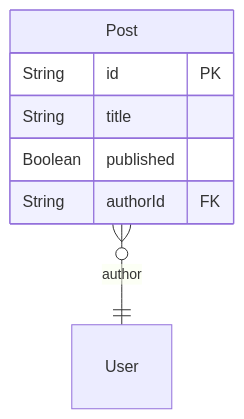
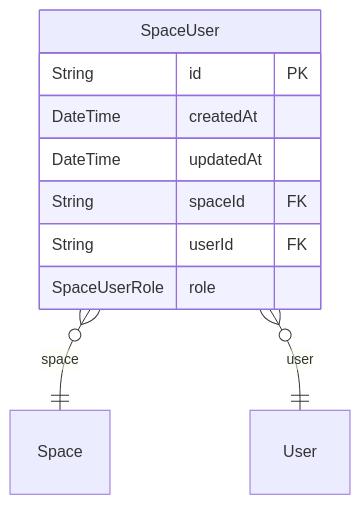
Before and after one commit to jiashengguo/jiashengguo.github.io: the second of 6 diagrams in test.md, drawn with Mermaid. The commit also changed other lines of this file, not shown here.

````diff
--- a/test.md
+++ b/test.md
@@ -19,10 +57,15 @@
 ```mermaid
 erDiagram
-"Post" {
+"SpaceUser" {
   String id PK 
-  String title  
-  Boolean published  
-  String authorId FK 
+  DateTime createdAt  
+  DateTime updatedAt  
+  String spaceId FK 
+  String userId FK 
+  SpaceUserRole role  
 }
-"Post" }o--|| "User": author
+
+"SpaceUser" }o--|| "Space": space
+"SpaceUser" }o--|| "User": user
+
 ```
````
